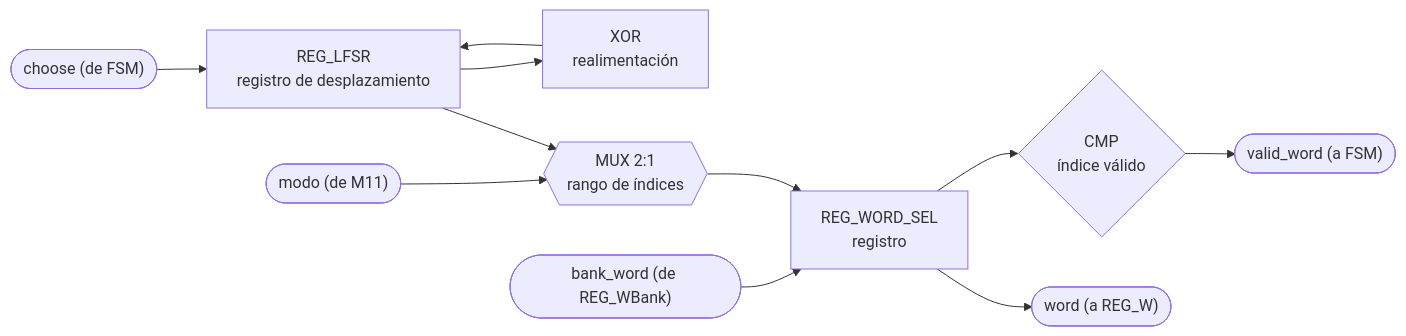
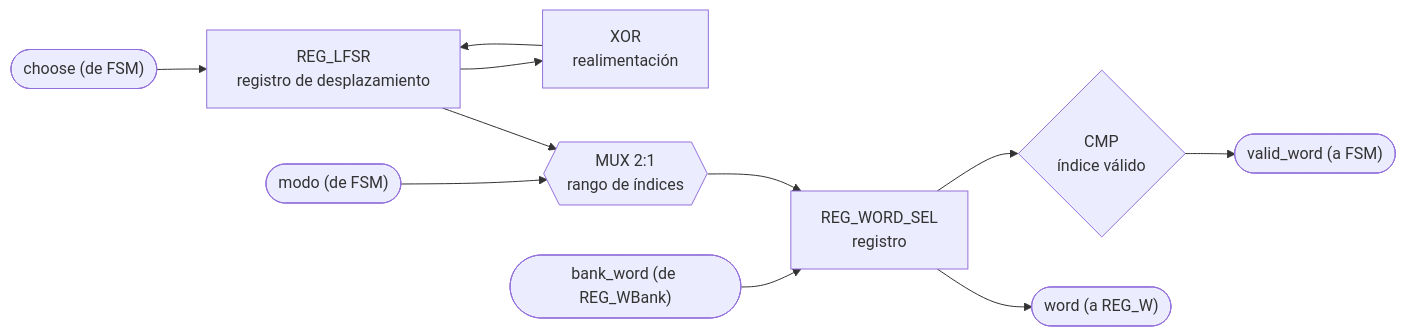
Before and after one commit to Taller-de-diseno-digital-GR01/Proyecto-2-Ahorcado: the ninth of 13 diagrams in docs/diseño/diagramas/nivel03.md, drawn with Mermaid. The commit also changed other lines of this file and 1 other file, not shown here.

````diff
--- a/docs/diseño/diagramas/nivel03.md
+++ b/docs/diseño/diagramas/nivel03.md
@@ -330,13 +359,13 @@
 ```mermaid
 flowchart LR
     REG_LFSR["REG_LFSR<br/>registro de desplazamiento"] --> XOR1["XOR<br/>realimentación"]
     XOR1 --> REG_LFSR
     IN_CHOOSE(["choose (de FSM)"]) --> REG_LFSR
-    IN_MODO(["modo (de M11)"]) --> MUX1{{"MUX 2:1<br/>rango de índices"}}
+    IN_MODO(["modo (de FSM)"]) --> MUX1{{"MUX 2:1<br/>rango de índices"}}
     REG_LFSR --> MUX1
     IN_BANK(["bank_word (de REG_WBank)"]) --> REG_SEL["REG_WORD_SEL<br/>registro"]
     MUX1 --> REG_SEL
     REG_SEL --> CMP1{"CMP<br/>índice válido"}
     CMP1 --> OUT_VALID(["valid_word (a FSM)"])
     REG_SEL --> OUT_WORD(["word (a REG_W)"])
 ```
````
